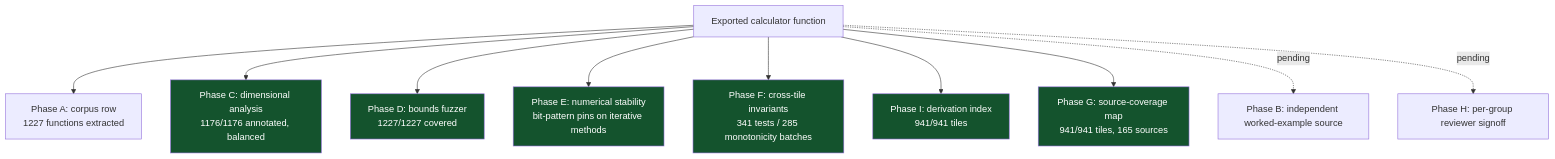
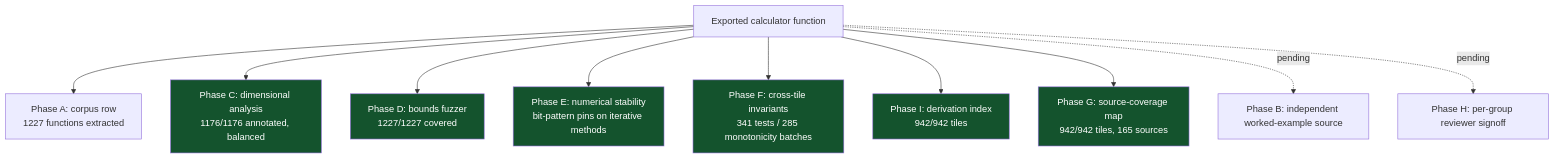
One commit to clay-good/roughlogic.com changed the sixth of 8 diagrams in README.md. Above: the diagram before and after it, drawn with Mermaid. The commit also changed other lines of this file and 17 other files, not shown here.

````diff
--- a/README.md
+++ b/README.md
@@ -519,18 +519,18 @@
 ```mermaid
 flowchart TB
     F[Exported calculator function] --> A[Phase A: corpus row\n1227 functions extracted]
     F --> C[Phase C: dimensional analysis\n1176/1176 annotated, balanced]
     F --> D[Phase D: bounds fuzzer\n1227/1227 covered]
     F --> E[Phase E: numerical stability\nbit-pattern pins on iterative methods]
     F --> Fa[Phase F: cross-tile invariants\n341 tests / 285 monotonicity batches]
-    F --> I[Phase I: derivation index\n941/941 tiles]
-    F --> G[Phase G: source-coverage map\n941/941 tiles, 165 sources]
+    F --> I[Phase I: derivation index\n942/942 tiles]
+    F --> G[Phase G: source-coverage map\n942/942 tiles, 165 sources]
     F -.pending.-> B[Phase B: independent worked-example source]
     F -.pending.-> H[Phase H: per-group reviewer signoff]
     style C fill:#14532d,color:#fff
     style D fill:#14532d,color:#fff
     style E fill:#14532d,color:#fff
     style Fa fill:#14532d,color:#fff
     style G fill:#14532d,color:#fff
     style I fill:#14532d,color:#fff
 ```
````
